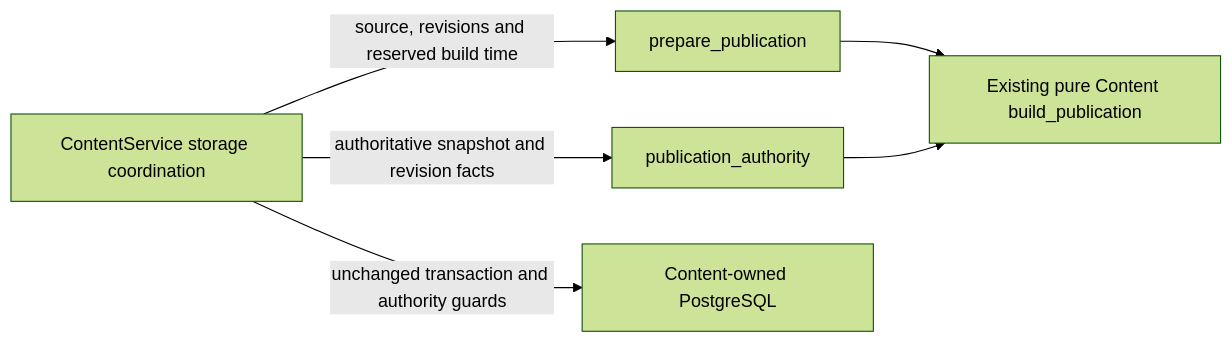
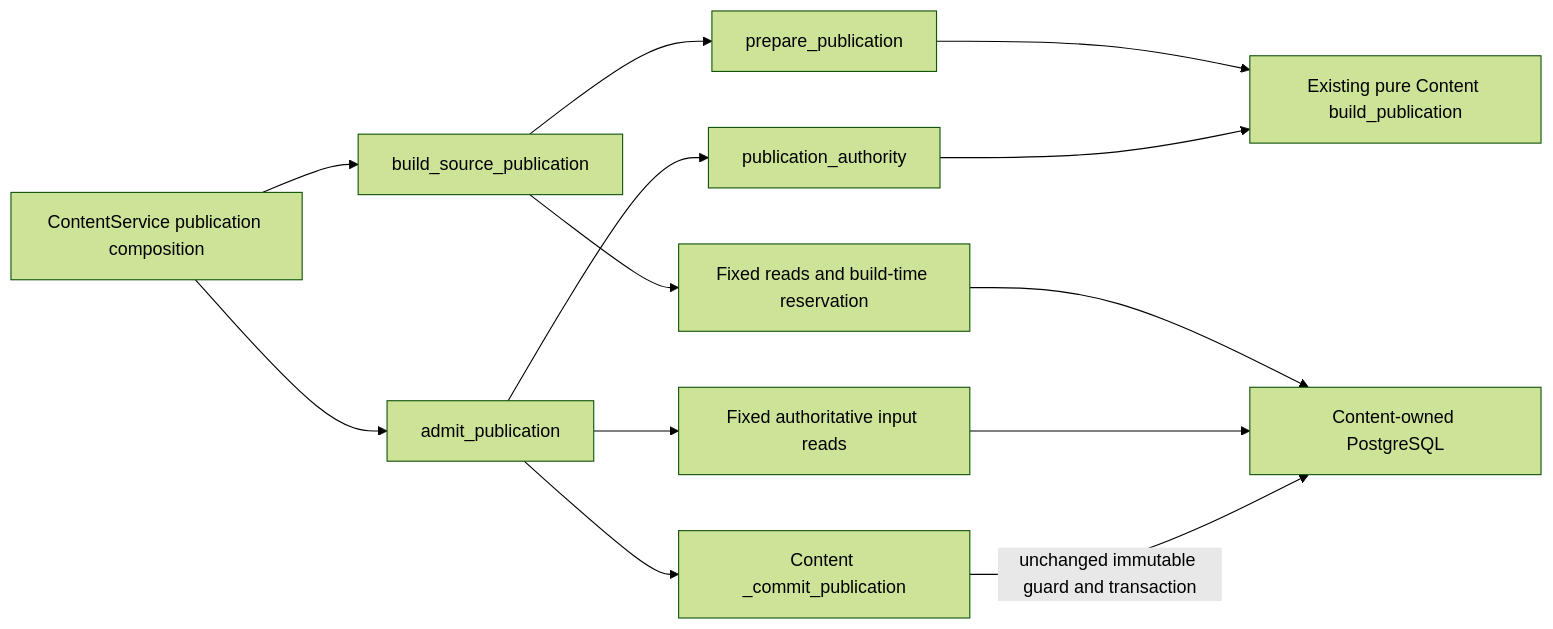
Before and after one commit to aaweaver-actuary/tempo: the diagram in services/content/src/tempo_content/publication/README.md, drawn with Mermaid (forest theme). The commit also changed other lines of this file and 13 other files, not shown here.

Commit message:
Move Content publication application sequences outside database storage

````diff
--- a/services/content/src/tempo_content/publication/README.md
+++ b/services/content/src/tempo_content/publication/README.md
@@ -9,8 +10,15 @@
 ```mermaid
 flowchart LR
-  store[ContentService storage coordination] -->|source, revisions and reserved build time| prepare[prepare_publication]
+  composition[ContentService publication composition] --> build[build_source_publication]
+  composition --> admit[admit_publication]
+  build --> prepare[prepare_publication]
   prepare --> domain[Existing pure Content build_publication]
-  store -->|authoritative snapshot and revision facts| authority[publication_authority]
+  admit --> authority[publication_authority]
   authority --> domain
-  store -->|unchanged transaction and authority guards| database[Content-owned PostgreSQL]
+  build --> storage[Fixed reads and build-time reservation]
+  admit --> reads[Fixed authoritative input reads]
+  admit --> commit[Content _commit_publication]
+  storage --> database[Content-owned PostgreSQL]
+  reads --> database
+  commit -->|unchanged immutable guard and transaction| database
 ```
````
